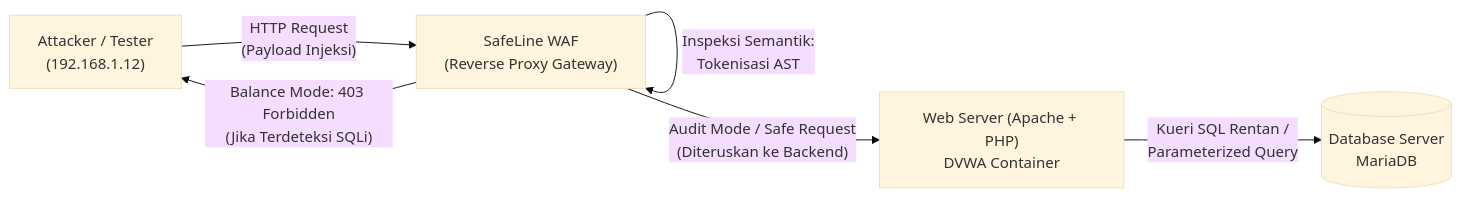
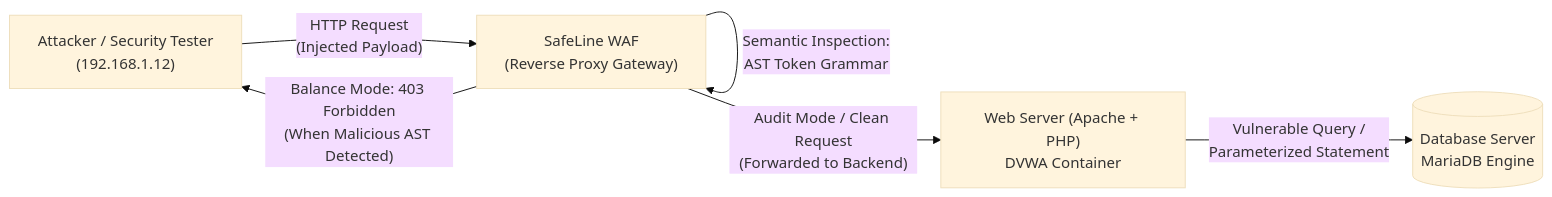
One commit to rizqhnif/appsec-homelab changed the diagram in docs/day-01-sqli-internals.md. Above: the diagram before and after it, drawn with Mermaid (base theme). The commit also changed other lines of this file and 1 other file, not shown here.

Commit message:
docs: translate README and day-01-sqli-internals documentation from Indonesian to English

````diff
--- a/docs/day-01-sqli-internals.md
+++ b/docs/day-01-sqli-internals.md
@@ -20,8 +21,8 @@
 ```mermaid
 flowchart LR
-    A["Attacker / Tester<br/>(192.168.1.12)"] -->|"HTTP Request<br/>(Payload Injeksi)"| B["SafeLine WAF<br/>(Reverse Proxy Gateway)"]
-    B -->|"Inspeksi Semantik:<br/>Tokenisasi AST"| B
-    B -->|"Balance Mode: 403 Forbidden<br/>(Jika Terdeteksi SQLi)"| A
-    B -->|"Audit Mode / Safe Request<br/>(Diteruskan ke Backend)"| C["Web Server (Apache + PHP)<br/>DVWA Container"]
-    C -->|"Kueri SQL Rentan /<br/>Parameterized Query"| D[("Database Server<br/>MariaDB")]
+    A["Attacker / Security Tester<br/>(192.168.1.12)"] -->|"HTTP Request<br/>(Injected Payload)"| B["SafeLine WAF<br/>(Reverse Proxy Gateway)"]
+    B -->|"Semantic Inspection:<br/>AST Token Grammar"| B
+    B -->|"Balance Mode: 403 Forbidden<br/>(When Malicious AST Detected)"| A
+    B -->|"Audit Mode / Clean Request<br/>(Forwarded to Backend)"| C["Web Server (Apache + PHP)<br/>DVWA Container"]
+    C -->|"Vulnerable Query /<br/>Parameterized Statement"| D[("Database Server<br/>MariaDB Engine")]
 ```
````
